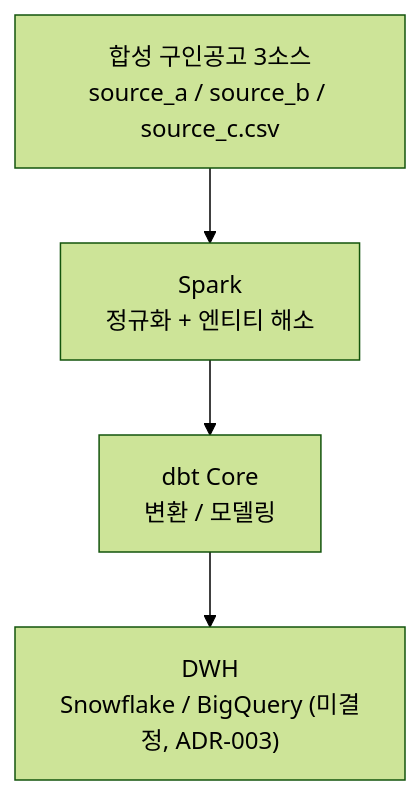
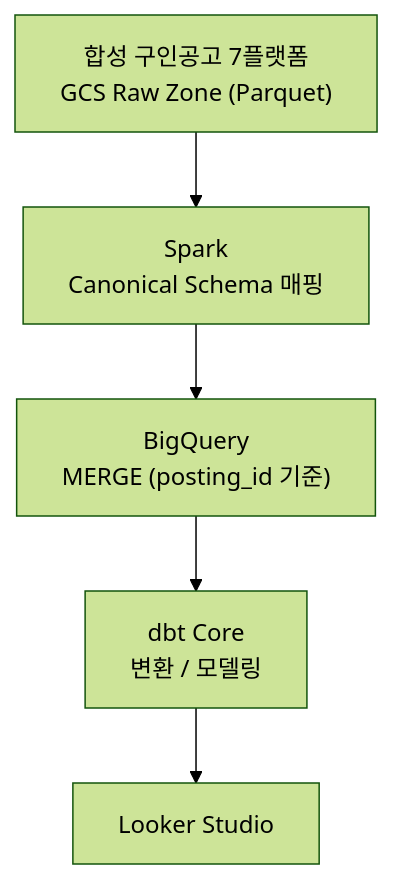
The diagram in README.md (younnieCutler/job-posting-standardization), drawn with Mermaid (forest theme) before and after one commit. The commit also changed other lines of this file and 1 other file, not shown here.

First line of the commit message:
docs: README·ADR-003 최신 설계 기준 정합화

````diff
--- a/README.md
+++ b/README.md
@@ -46,6 +46,7 @@
 ```mermaid
 flowchart TD
-    A["합성 구인공고 3소스<br/>source_a / source_b / source_c.csv"] --> B["Spark<br/>정규화 + 엔티티 해소"]
-    B --> C["dbt Core<br/>변환 / 모델링"]
-    C --> D["DWH<br/>Snowflake / BigQuery (미결정, ADR-003)"]
+    A["합성 구인공고 7플랫폼<br/>GCS Raw Zone (Parquet)"] --> B["Spark<br/>Canonical Schema 매핑"]
+    B --> C["BigQuery<br/>MERGE (posting_id 기준)"]
+    C --> D["dbt Core<br/>변환 / 모델링"]
+    D --> E["Looker Studio"]
 ```
````
